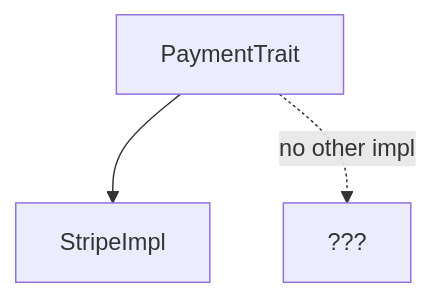
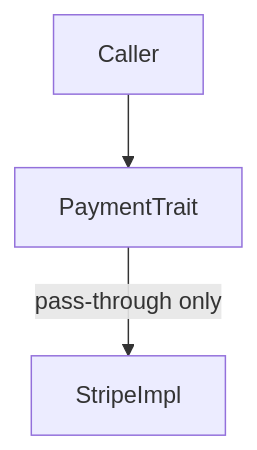
One commit to wangjq4214/skills changed the seventh of 8 diagrams in skills/grimoire-improve/references/mermaid-conventions.md. Above: the diagram before and after it, drawn with Mermaid. The commit also changed other lines of this file and 22 other files, not shown here.

````diff
--- a/skills/grimoire-improve/references/mermaid-conventions.md
+++ b/skills/grimoire-improve/references/mermaid-conventions.md
@@ -107,5 +109,5 @@
 ```mermaid
 graph TD
-    A[PaymentTrait] --> B[StripeImpl]
-    A -.->|no other impl| C[???]
+    A[Caller] --> B[PaymentTrait]
+    B -->|pass-through only| C[StripeImpl]
 ```
````
